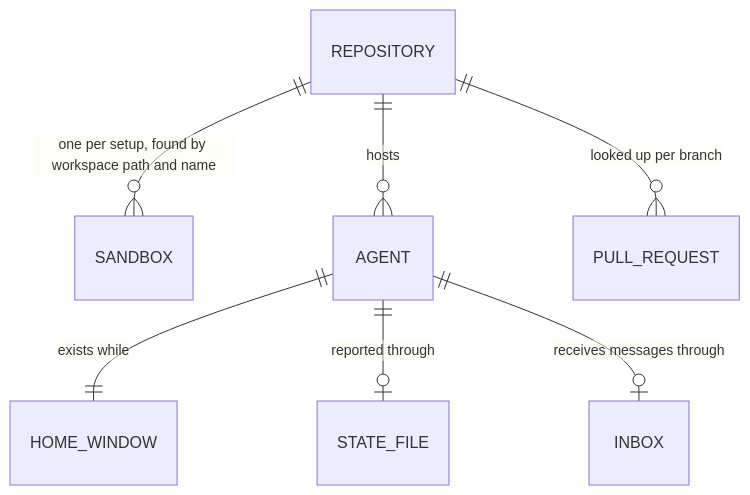
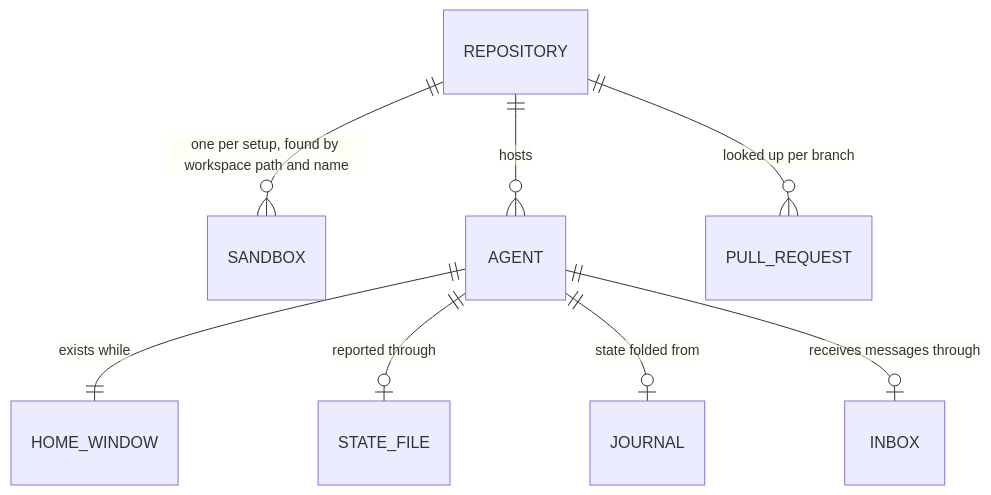
The fourth of 4 diagrams in docs/design/hq.md (rkrysinski/hq), drawn with Mermaid before and after one commit. The commit also changed other lines of this file and 159 other files, not shown here.

First line of the commit message:
Show every agent's state from one event journal, and explain it with hq explain (#210)

````diff
--- a/docs/design/hq.md
+++ b/docs/design/hq.md
@@ -350,9 +367,10 @@
 ```mermaid
 erDiagram
     REPOSITORY ||--o{ SANDBOX : "one per setup, found by workspace path and name"
     REPOSITORY ||--o{ AGENT : hosts
     AGENT ||--|| HOME_WINDOW : "exists while"
     AGENT ||--o| STATE_FILE : "reported through"
+    AGENT ||--o| JOURNAL : "state folded from"
     AGENT ||--o| INBOX : "receives messages through"
     REPOSITORY ||--o{ PULL_REQUEST : "looked up per branch"
 ```
````
